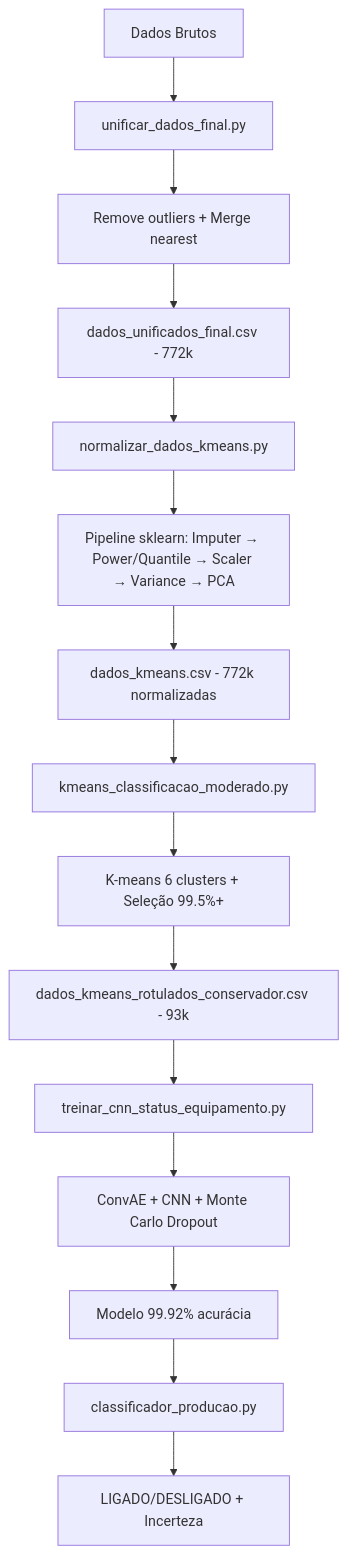
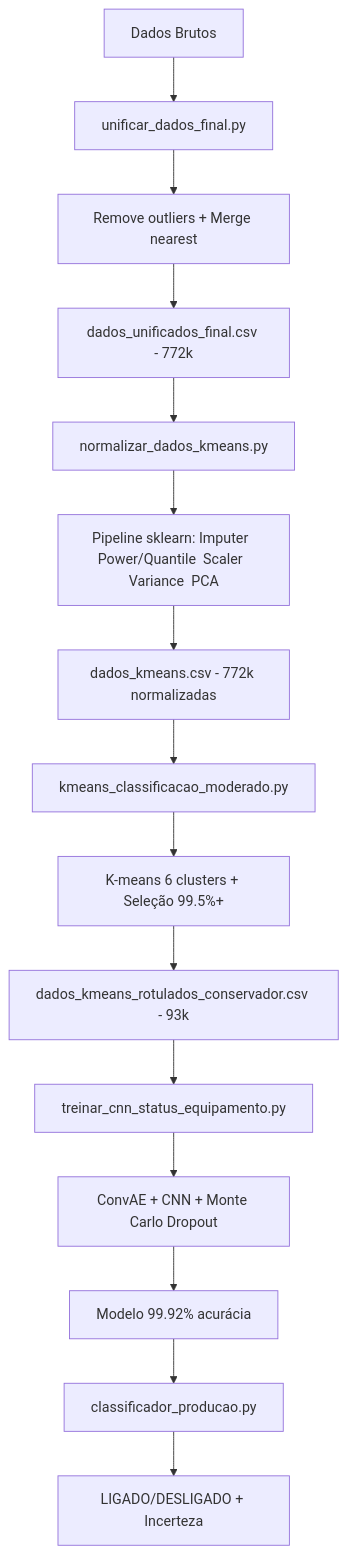
Before and after one commit to felcoslop/TCC_1_FELIPE_COSTA_LOPES: the diagram in code/docs/README_SCRIPTS_PROCESSAMENTO.md, drawn with Mermaid. The commit also changed other lines of this file and 126 other files, not shown here.

````diff
--- a/code/docs/README_SCRIPTS_PROCESSAMENTO.md
+++ b/code/docs/README_SCRIPTS_PROCESSAMENTO.md
@@ -218,17 +218,17 @@
 ```mermaid
 graph TD
     A[Dados Brutos] --> B[unificar_dados_final.py]
     B --> B1[Remove outliers + Merge nearest]
     B1 --> C[dados_unificados_final.csv - 772k]
     C --> D[normalizar_dados_kmeans.py]
-    D --> D1[Pipeline sklearn: Imputer → Power/Quantile → Scaler → Variance → PCA]
+    D --> D1[Pipeline sklearn: Imputer  Power/Quantile  Scaler  Variance  PCA]
     D1 --> E[dados_kmeans.csv - 772k normalizadas]
     E --> F[kmeans_classificacao_moderado.py]
     F --> F1[K-means 6 clusters + Seleção 99.5%+]
     F1 --> G[dados_kmeans_rotulados_conservador.csv - 93k]
     G --> H[treinar_cnn_status_equipamento.py]
     H --> H1[ConvAE + CNN + Monte Carlo Dropout]
     H1 --> I[Modelo 99.92% acurácia]
     I --> J[classificador_producao.py]
     J --> K[LIGADO/DESLIGADO + Incerteza]
 ```
````
